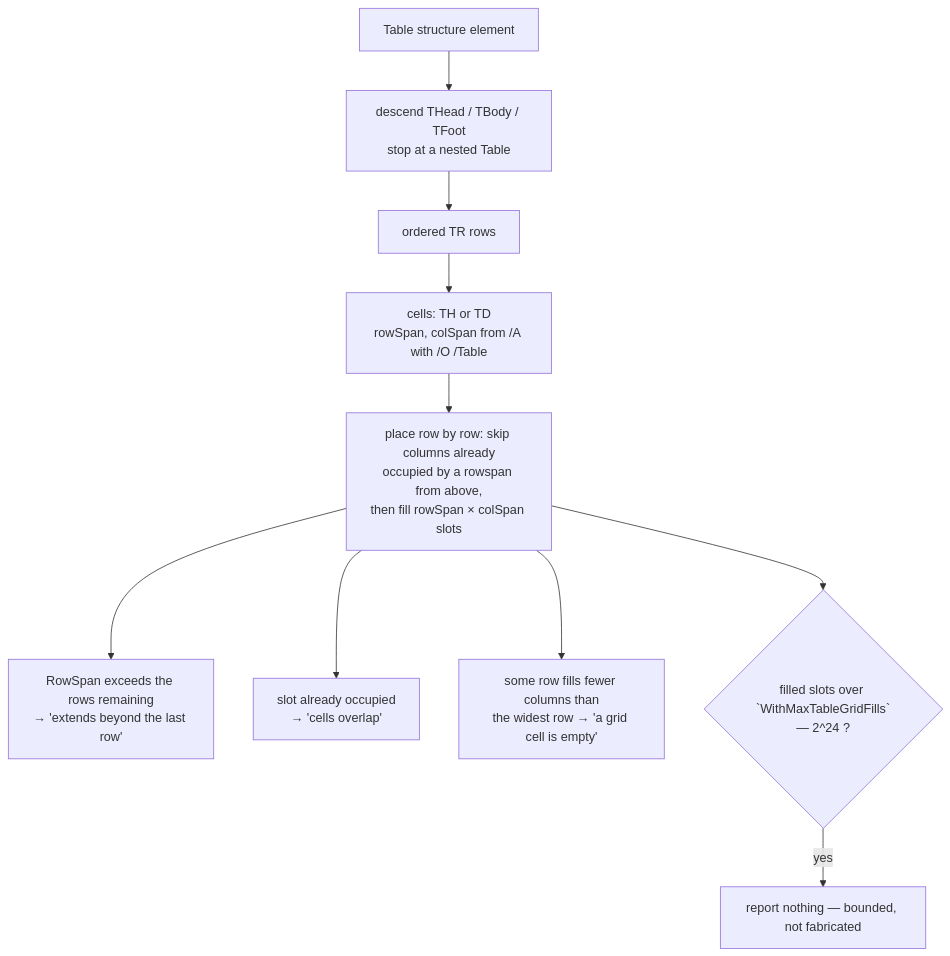
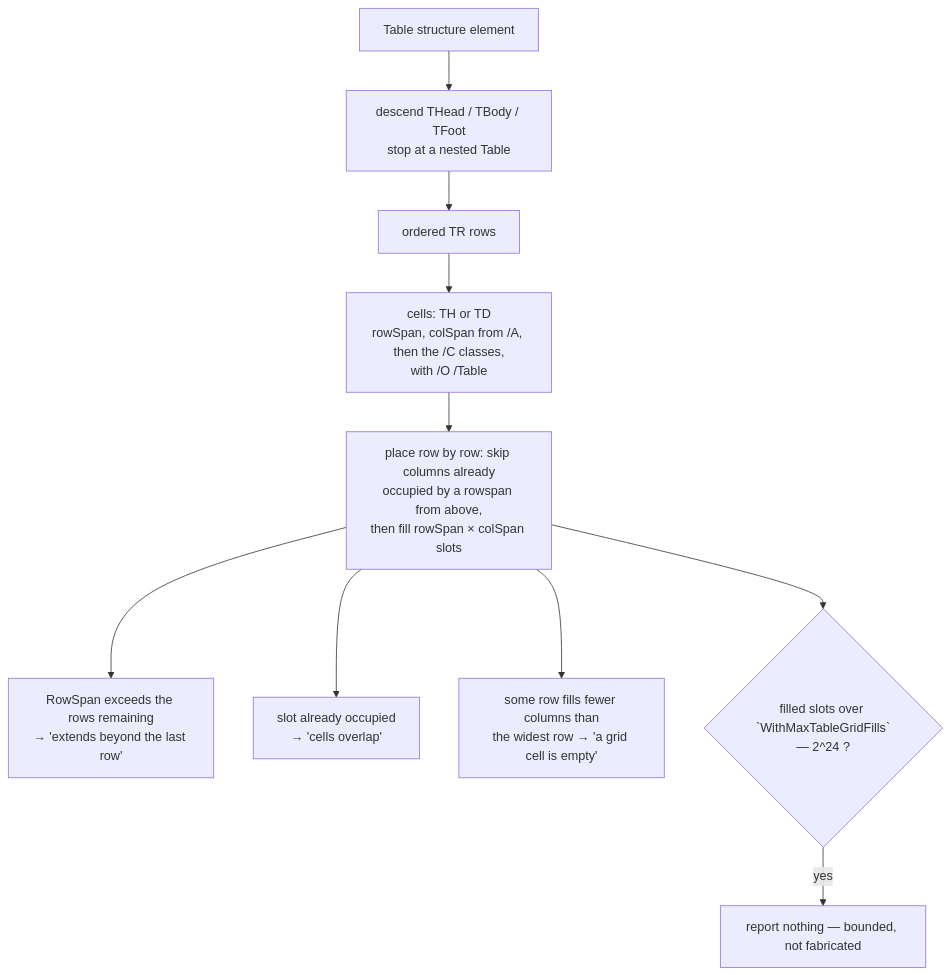
Before and after one commit to mgilbir/pdf0: the second of 2 diagrams in docs/pdfua.md, drawn with Mermaid. The commit also changed other lines of this file and 2 other files, not shown here.

````diff
--- a/docs/pdfua.md
+++ b/docs/pdfua.md
@@ -267,12 +275,12 @@
 ```mermaid
 flowchart TD
     T["Table structure element"] --> RG["descend THead / TBody / TFoot<br/>stop at a nested Table"]
     RG --> R["ordered TR rows"]
-    R --> C["cells: TH or TD<br/>rowSpan, colSpan from /A with /O /Table"]
+    R --> C["cells: TH or TD<br/>rowSpan, colSpan from /A, then the /C classes,<br/>with /O /Table"]
     C --> P["place row by row: skip columns already<br/>occupied by a rowspan from above,<br/>then fill rowSpan × colSpan slots"]
     P --> D1["RowSpan exceeds the rows remaining<br/>→ 'extends beyond the last row'"]
     P --> D2["slot already occupied<br/>→ 'cells overlap'"]
     P --> D3["some row fills fewer columns than<br/>the widest row → 'a grid cell is empty'"]
     P --> BUD{"filled slots over `WithMaxTableGridFills`<br/>— 2^24 ?"}
     BUD -->|yes| STOP["report nothing — bounded, not fabricated"]
 ```
````
